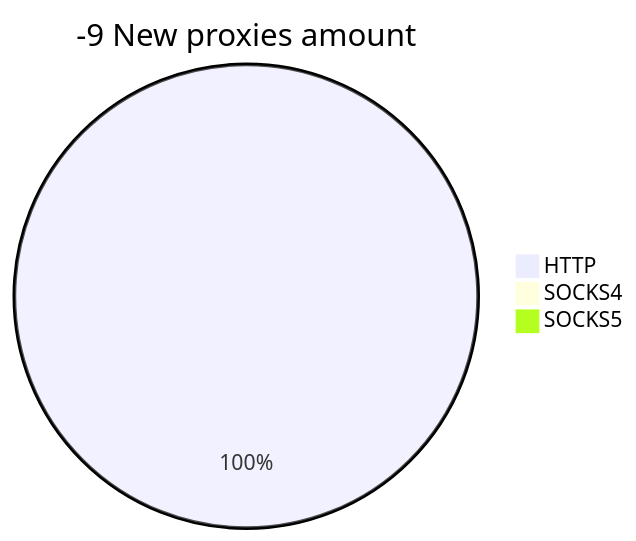
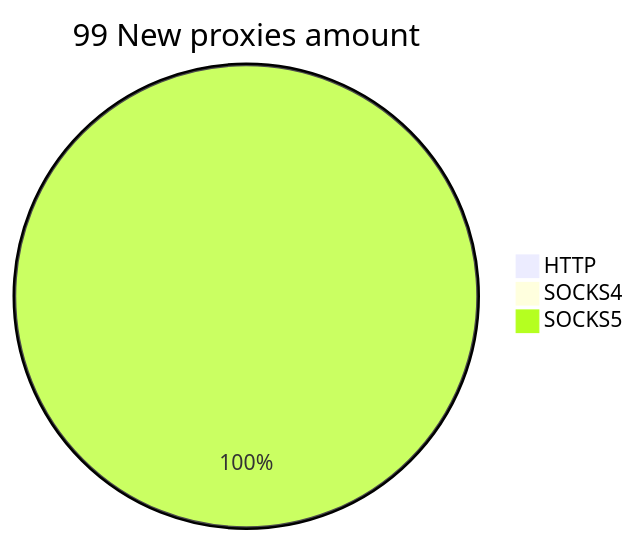
One commit to cutipu/proxylist changed the second of 2 diagrams in README.md. Above: the diagram before and after it, drawn with Mermaid. The commit also changed other lines of this file, not shown here.

````diff
--- a/README.md
+++ b/README.md
@@ -10,6 +10,6 @@
 ```mermaid
-pie title -9 New proxies amount
-    "HTTP" : 1
+pie title 99 New proxies amount
+    "HTTP" : 0
     "SOCKS4" : 0
-    "SOCKS5" : 0
+    "SOCKS5" : 99
 ```
````
